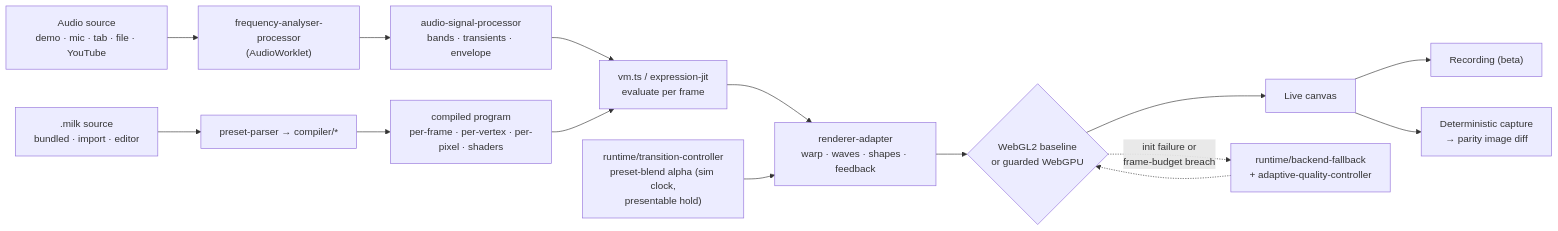
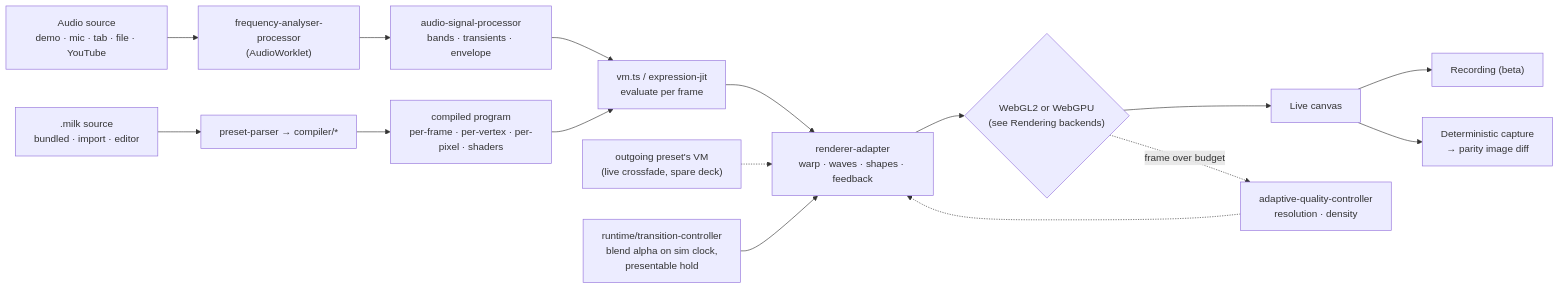
The second of 2 diagrams in docs/ARCHITECTURE.md (zz-plant/stims), drawn with Mermaid before and after one commit. The commit also changed other lines of this file and 14 other files, not shown here.

````diff
--- a/docs/ARCHITECTURE.md
+++ b/docs/ARCHITECTURE.md
@@ -71,17 +84,18 @@
 ```mermaid
 flowchart LR
   Src["Audio source<br/>demo · mic · tab · file · YouTube"] --> Worklet["frequency-analyser-processor<br/>(AudioWorklet)"]
   Worklet --> Signals["audio-signal-processor<br/>bands · transients · envelope"]
   Milk[".milk source<br/>bundled · import · editor"] --> Parser["preset-parser → compiler/*"]
   Parser --> IR["compiled program<br/>per-frame · per-vertex · per-pixel · shaders"]
   Signals --> VM["vm.ts / expression-jit<br/>evaluate per frame"]
   IR --> VM
   VM --> Draw["renderer-adapter<br/>warp · waves · shapes · feedback"]
-  Transition["runtime/transition-controller<br/>preset-blend alpha (sim clock,<br/>presentable hold)"] --> Draw
-  Draw --> Backend{"WebGL2 baseline<br/>or guarded WebGPU"}
+  Outgoing["outgoing preset's VM<br/>(live crossfade, spare deck)"] -.-> Draw
+  Transition["runtime/transition-controller<br/>blend alpha on sim clock,<br/>presentable hold"] --> Draw
+  Draw --> Backend{"WebGL2 or WebGPU<br/>(see Rendering backends)"}
   Backend --> Canvas["Live canvas"]
-  Backend -.->|init failure or<br/>frame-budget breach| Fallback["runtime/backend-fallback<br/>+ adaptive-quality-controller"]
-  Fallback -.-> Backend
+  Backend -.->|frame over budget| Quality["adaptive-quality-controller<br/>resolution · density"]
+  Quality -.-> Draw
   Canvas --> Rec["Recording (beta)"]
   Canvas --> Cap["Deterministic capture<br/>→ parity image diff"]
 ```
````
